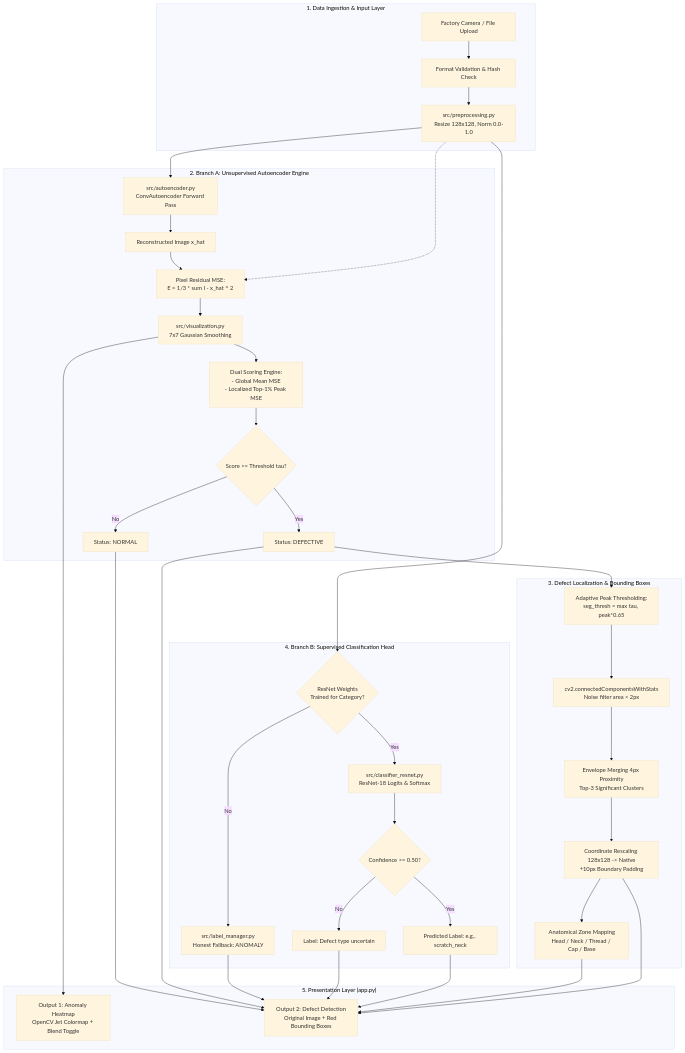
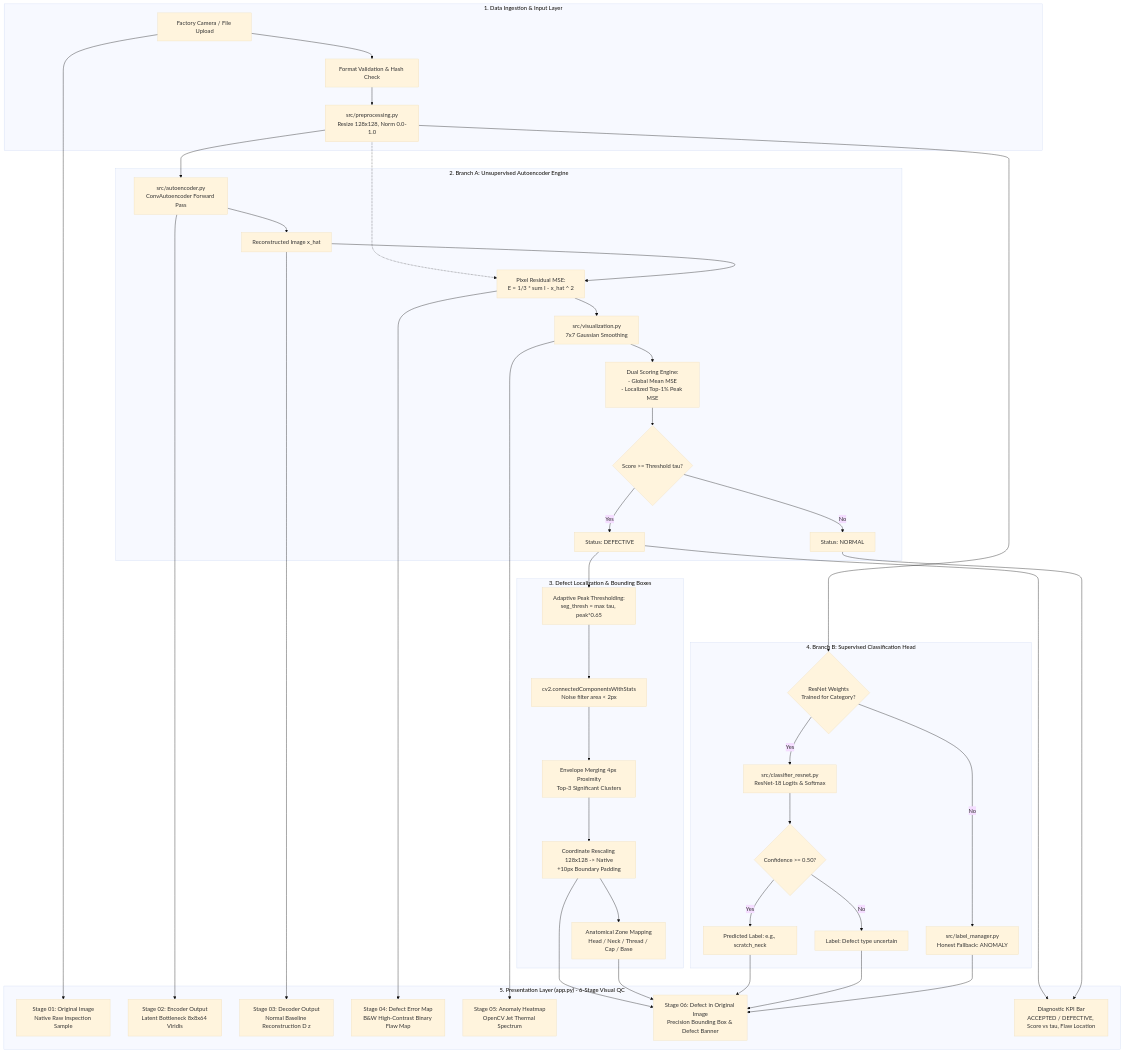
Before and after one commit to Arman75981/Industrial-Defect-Detection: the first of 3 diagrams in PROJECT_ARCHITECTURE.md, drawn with Mermaid (base theme). The commit also changed other lines of this file, not shown here.

````diff
--- a/PROJECT_ARCHITECTURE.md
+++ b/PROJECT_ARCHITECTURE.md
@@ -66,47 +66,51 @@
 ```mermaid
 flowchart TD
     subgraph INGESTION["1. Data Ingestion & Input Layer"]
         A1[Factory Camera / File Upload] --> A2[Format Validation & Hash Check]
         A2 --> A3[src/preprocessing.py<br/>Resize 128x128, Norm 0.0-1.0]
     end
 
     subgraph AUTODETECT["2. Branch A: Unsupervised Autoencoder Engine"]
         A3 --> B1[src/autoencoder.py<br/>ConvAutoencoder Forward Pass]
         B1 --> B2[Reconstructed Image x_hat]
         A3 -.-> B3[Pixel Residual MSE:<br/>E = 1/3 * sum I - x_hat ^ 2]
         B2 --> B3
         B3 --> B4[src/visualization.py<br/>7x7 Gaussian Smoothing]
         B4 --> B5[Dual Scoring Engine:<br/>- Global Mean MSE<br/>- Localized Top-1% Peak MSE]
         B5 --> B6{Score >= Threshold tau?}
         B6 -- Yes --> B7[Status: DEFECTIVE]
         B6 -- No --> B8[Status: NORMAL]
     end
 
     subgraph LOCALIZATION["3. Defect Localization & Bounding Boxes"]
         B7 --> C1[Adaptive Peak Thresholding:<br/>seg_thresh = max tau, peak*0.65]
         C1 --> C2[cv2.connectedComponentsWithStats<br/>Noise filter area < 2px]
         C2 --> C3[Envelope Merging 4px Proximity<br/>Top-3 Significant Clusters]
         C3 --> C4[Coordinate Rescaling 128x128 -> Native<br/>+10px Boundary Padding]
         C4 --> C5[Anatomical Zone Mapping<br/>Head / Neck / Thread / Cap / Base]
     end
 
     subgraph CLASSIFIER["4. Branch B: Supervised Classification Head"]
         A3 --> D1{ResNet Weights<br/>Trained for Category?}
         D1 -- Yes --> D2[src/classifier_resnet.py<br/>ResNet-18 Logits & Softmax]
         D2 --> D3{Confidence >= 0.50?}
         D3 -- Yes --> D4[Predicted Label: e.g., scratch_neck]
         D3 -- No --> D5[Label: Defect type uncertain]
         D1 -- No --> D6[src/label_manager.py<br/>Honest Fallback: ANOMALY]
     end
 
-    subgraph UI["5. Presentation Layer (app.py)"]
-        B4 --> E1[Output 1: Anomaly Heatmap<br/>OpenCV Jet Colormap + Blend Toggle]
-        C4 --> E2[Output 2: Defect Detection<br/>Original Image + Red Bounding Boxes]
-        C5 --> E2
-        D4 --> E2
-        D5 --> E2
-        D6 --> E2
-        B7 --> E2
-        B8 --> E2
+    subgraph UI["5. Presentation Layer (app.py) - 6-Stage Visual QC"]
+        A1 --> E1[Stage 01: Original Image<br/>Native Raw Inspection Sample]
+        B1 --> E2[Stage 02: Encoder Output<br/>Latent Bottleneck 8x8x64 Viridis]
+        B2 --> E3[Stage 03: Decoder Output<br/>Normal Baseline Reconstruction D z]
+        B3 --> E4[Stage 04: Defect Error Map<br/>B&W High-Contrast Binary Flaw Map]
+        B4 --> E5[Stage 05: Anomaly Heatmap<br/>OpenCV Jet Thermal Spectrum]
+        C4 --> E6[Stage 06: Defect in Original Image<br/>Precision Bounding Box & Defect Banner]
+        C5 --> E6
+        D4 --> E6
+        D5 --> E6
+        D6 --> E6
+        B7 --> E_METRICS[Diagnostic KPI Bar<br/>ACCEPTED / DEFECTIVE, Score vs tau, Flaw Location]
+        B8 --> E_METRICS
     end
 ```
````
